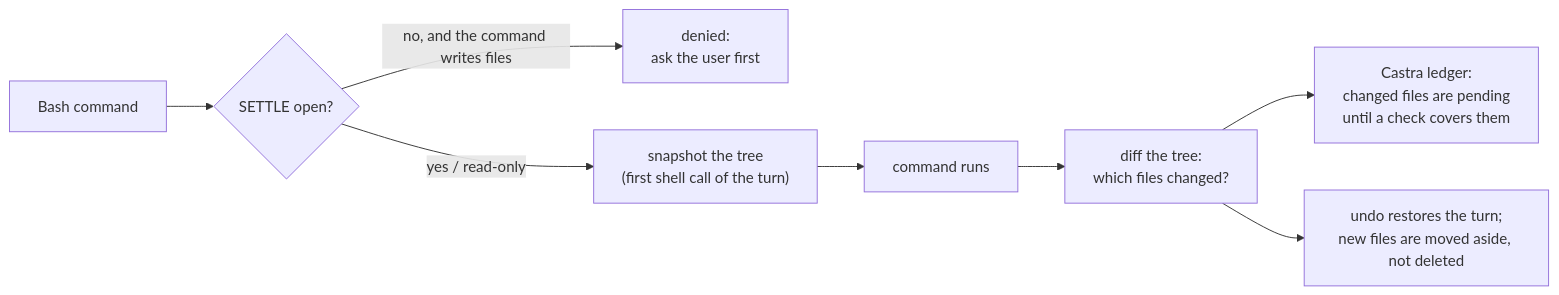
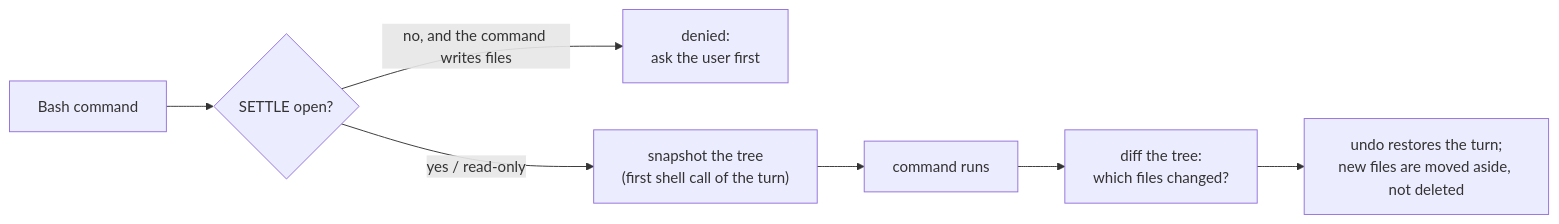
Before and after one commit to beyondworks/lean-forge-55: the diagram in README.md, drawn with Mermaid. The commit also changed other lines of this file and 33 other files, not shown here.

First line of the commit message:
feat: drop what measurement showed did not help — Castra Stop/ledger/posture, Ponytail prompt (0.2.15)

````diff
--- a/README.md
+++ b/README.md
@@ -26,10 +39,9 @@
 ```mermaid
 flowchart LR
     C["Bash command"] --> W{"SETTLE open?"}
     W -- "no, and the command writes files" --> D["denied:<br/>ask the user first"]
     W -- "yes / read-only" --> S["snapshot the tree<br/>(first shell call of the turn)"]
     S --> R["command runs"]
     R --> F["diff the tree:<br/>which files changed?"]
-    F --> L["Castra ledger:<br/>changed files are pending<br/>until a check covers them"]
     F --> U["undo restores the turn;<br/>new files are moved aside, not deleted"]
 ```
````
